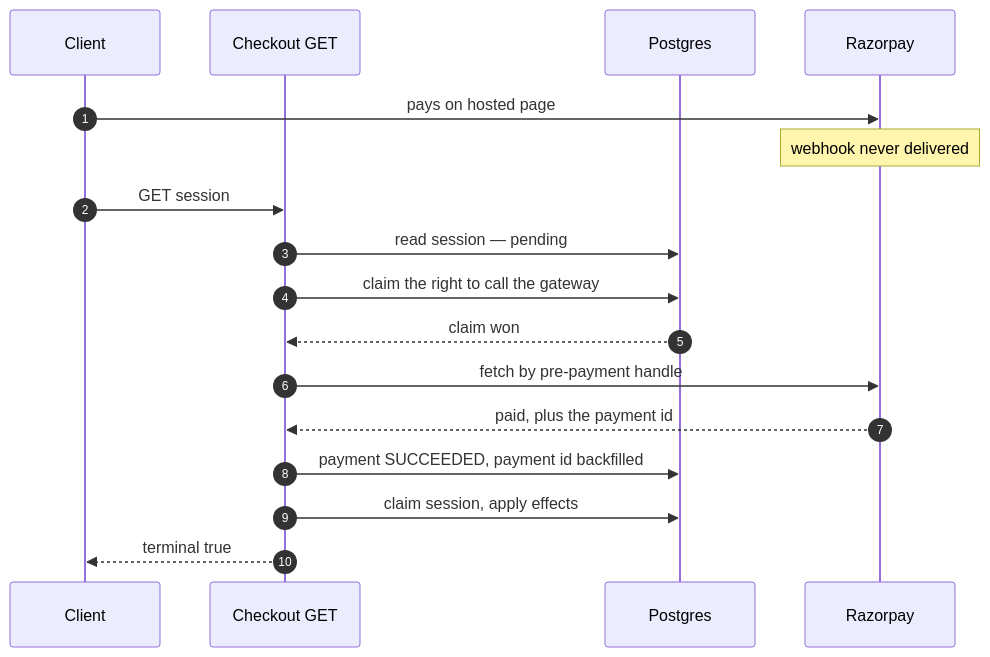
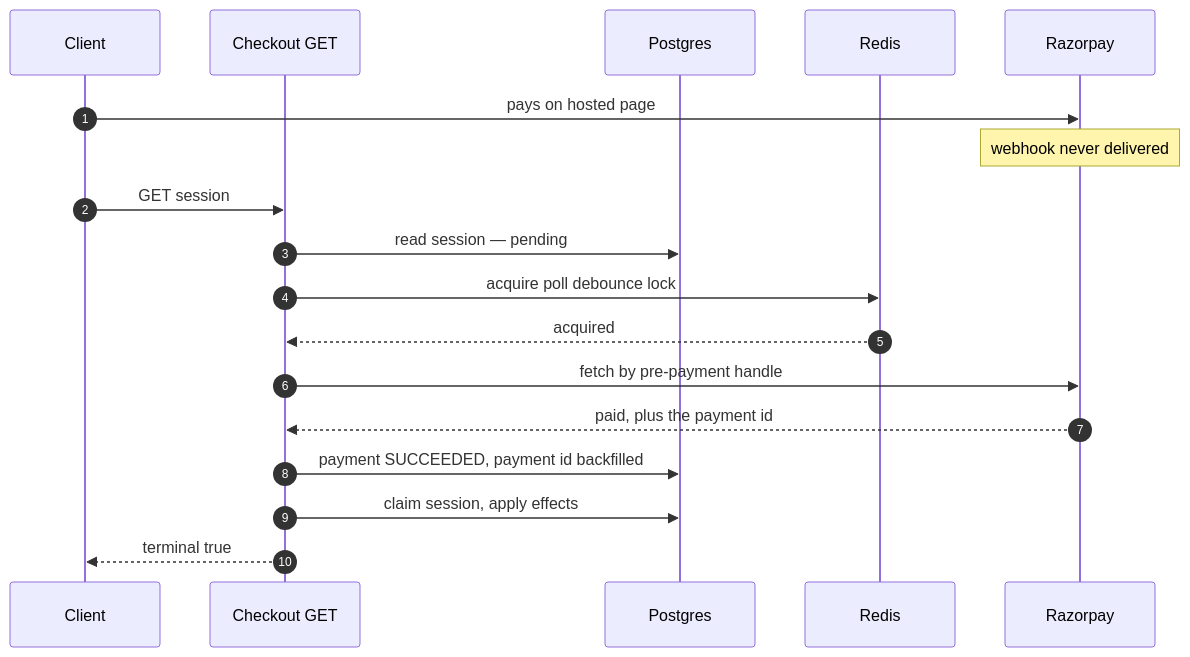
One commit to flexprice/flexprice changed the second of 6 diagrams in docs/design/2026-08-07-checkout-polling-api.md. Above: the diagram before and after it, drawn with Mermaid. The commit also changed other lines of this file, not shown here.

````diff
--- a/docs/design/2026-08-07-checkout-polling-api.md
+++ b/docs/design/2026-08-07-checkout-polling-api.md
@@ -102,20 +83,21 @@
 ```mermaid
 sequenceDiagram
     autonumber
     participant C as Client
     participant API as Checkout GET
     participant DB as Postgres
+    participant R as Redis
     participant RZP as Razorpay
 
     C->>RZP: pays on hosted page
     Note over RZP: webhook never delivered
     C->>API: GET session
     API->>DB: read session — pending
-    API->>DB: claim the right to call the gateway
-    DB-->>API: claim won
+    API->>R: acquire poll debounce lock
+    R-->>API: acquired
     API->>RZP: fetch by pre-payment handle
     RZP-->>API: paid, plus the payment id
     API->>DB: payment SUCCEEDED, payment id backfilled
     API->>DB: claim session, apply effects
     API-->>C: terminal true
 ```
````
